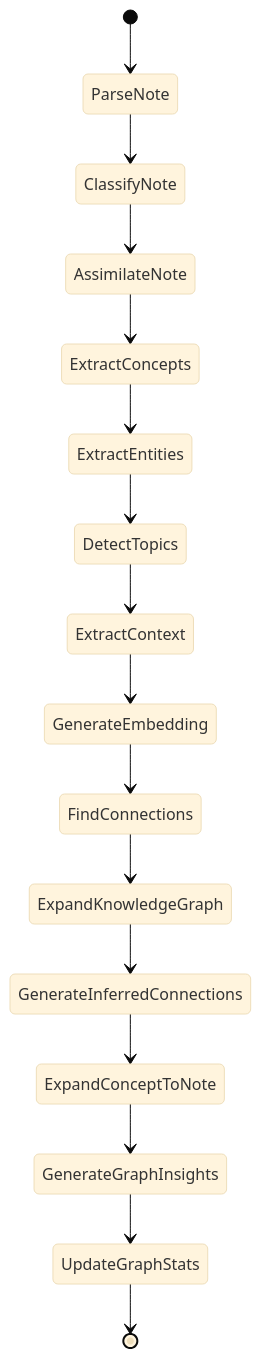
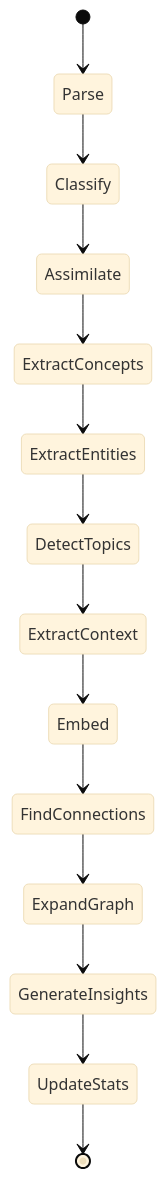
One commit to imsouza/berrybrain changed the eighth of 8 diagrams in README.md. Above: the diagram before and after it, drawn with Mermaid (base theme). The commit also changed other lines of this file and 98 other files, not shown here.

````diff
--- a/README.md
+++ b/README.md
@@ -330,18 +346,16 @@
 ```mermaid
 stateDiagram-v2
-  [*] --> ParseNote
-  ParseNote --> ClassifyNote
-  ClassifyNote --> AssimilateNote
-  AssimilateNote --> ExtractConcepts
+  [*] --> Parse
+  Parse --> Classify
+  Classify --> Assimilate
+  Assimilate --> ExtractConcepts
   ExtractConcepts --> ExtractEntities
   ExtractEntities --> DetectTopics
   DetectTopics --> ExtractContext
-  ExtractContext --> GenerateEmbedding
-  GenerateEmbedding --> FindConnections
-  FindConnections --> ExpandKnowledgeGraph
-  ExpandKnowledgeGraph --> GenerateInferredConnections
-  GenerateInferredConnections --> ExpandConceptToNote
-  ExpandConceptToNote --> GenerateGraphInsights
-  GenerateGraphInsights --> UpdateGraphStats
-  UpdateGraphStats --> [*]
+  ExtractContext --> Embed
+  Embed --> FindConnections
+  FindConnections --> ExpandGraph
+  ExpandGraph --> GenerateInsights
+  GenerateInsights --> UpdateStats
+  UpdateStats --> [*]
 ```
````
